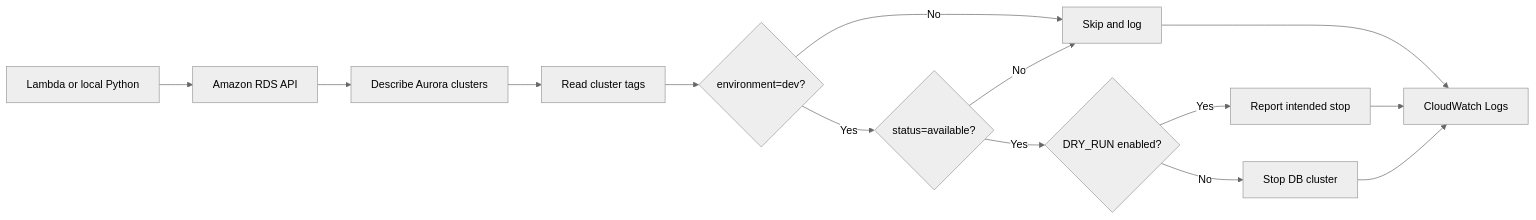
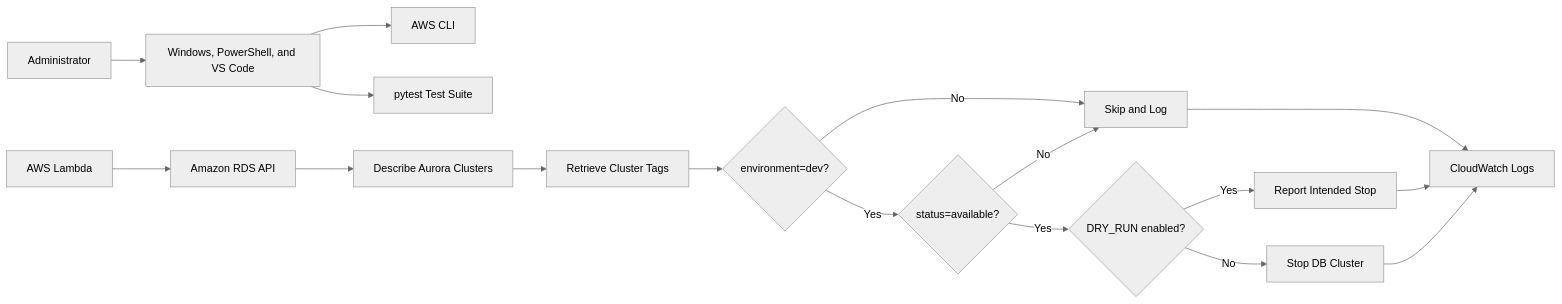
The diagram in README.md (rester12/Python---aurora-cost-automation), drawn with Mermaid (neutral theme) before and after one commit. The commit also changed other lines of this file, not shown here.

Commit message:
Align README with AWS portfolio style

````diff
--- a/README.md
+++ b/README.md
@@ -23,16 +17,20 @@
 ```mermaid
 flowchart LR
-    A["Lambda or local Python"] --> B["Amazon RDS API"]
-    B --> C["Describe Aurora clusters"]
-    C --> D["Read cluster tags"]
-    D --> E{"environment=dev?"}
-    E -- No --> F["Skip and log"]
-    E -- Yes --> G{"status=available?"}
-    G -- No --> F
-    G -- Yes --> H{"DRY_RUN enabled?"}
-    H -- Yes --> I["Report intended stop"]
-    H -- No --> J["Stop DB cluster"]
-    F --> K["CloudWatch Logs"]
-    I --> K
-    J --> K
+    Admin["Administrator"] --> Local["Windows, PowerShell, and VS Code"]
+    Local --> CLI["AWS CLI"]
+    Local --> Tests["pytest Test Suite"]
+
+    Lambda["AWS Lambda"] --> RDS["Amazon RDS API"]
+    RDS --> Discover["Describe Aurora Clusters"]
+    Discover --> Tags["Retrieve Cluster Tags"]
+    Tags --> TagCheck{"environment=dev?"}
+    TagCheck -- No --> Skip["Skip and Log"]
+    TagCheck -- Yes --> StatusCheck{"status=available?"}
+    StatusCheck -- No --> Skip
+    StatusCheck -- Yes --> DryRun{"DRY_RUN enabled?"}
+    DryRun -- Yes --> Simulate["Report Intended Stop"]
+    DryRun -- No --> Stop["Stop DB Cluster"]
+    Skip --> Logs["CloudWatch Logs"]
+    Simulate --> Logs
+    Stop --> Logs
 ```
````
